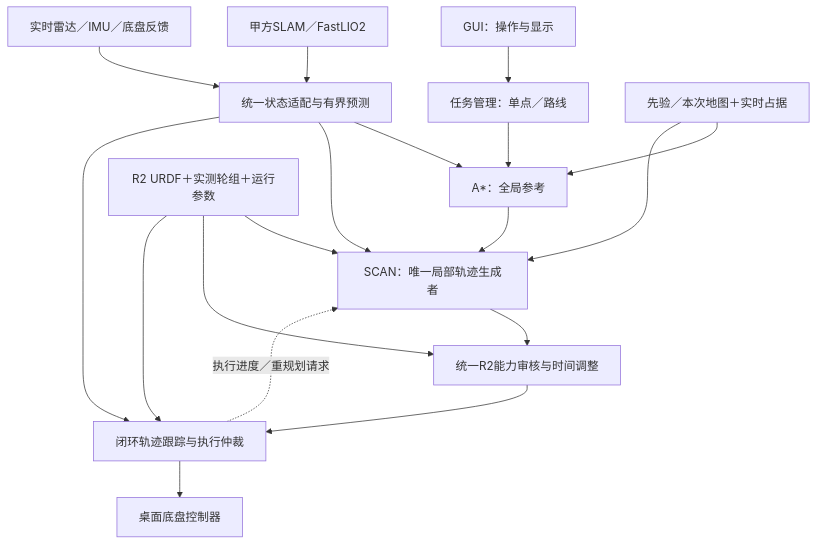
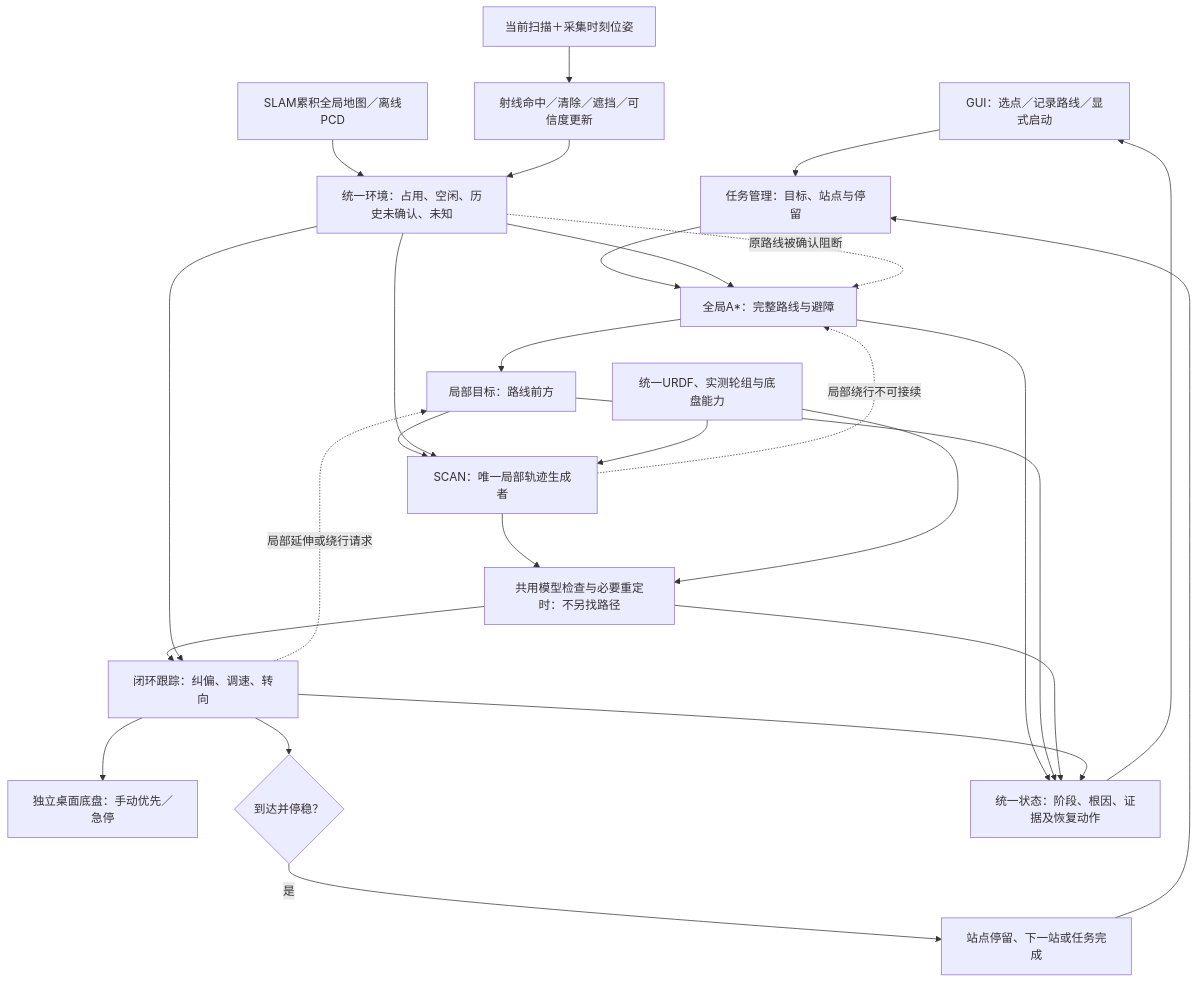
The diagram in docs/architecture.md (SCP-King/hivecore-navigation), drawn with Mermaid before and after one commit. The commit also changed other lines of this file and 66 other files, not shown here.

````diff
--- a/docs/architecture.md
+++ b/docs/architecture.md
@@ -35,20 +40,29 @@
 ```mermaid
 flowchart TD
-    GUI[GUI：操作与显示] --> TASK[任务管理：单点／路线]
-    TASK --> GLOBAL[A*：全局参考]
-    GLOBAL --> SCAN[SCAN：唯一局部轨迹生成者]
-    SCAN --> ADMIT[统一R2能力审核与时间调整]
-    ADMIT --> TRACK[闭环轨迹跟踪与执行仲裁]
-    TRACK --> BASE[桌面底盘控制器]
-    SLAM[甲方SLAM／FastLIO2] --> STATE[统一状态适配与有界预测]
-    SENSOR[实时雷达／IMU／底盘反馈] --> STATE
-    STATE --> GLOBAL
-    STATE --> SCAN
-    STATE --> TRACK
-    MAP[先验／本次地图＋实时占据] --> GLOBAL
-    MAP --> SCAN
-    MODEL[R2 URDF＋实测轮组＋运行参数] --> SCAN
-    MODEL --> ADMIT
-    MODEL --> TRACK
-    TRACK -.执行进度／重规划请求.-> SCAN
+    GUI[GUI：选点／记录路线／显式启动] --> TASK[任务管理：目标、站点与停留]
+    TASK --> GLOBAL[全局A*：完整路线与避障]
+    SLAM[SLAM累积全局地图／离线PCD] --> SCENE[统一环境：占用、空闲、历史未确认、未知]
+    SENSOR[当前扫描＋采集时刻位姿] --> EVIDENCE[射线命中／清除／遮挡／可信度更新]
+    EVIDENCE --> SCENE
+    SCENE --> GLOBAL
+    GLOBAL --> TARGET[局部目标：路线前方]
+    TARGET --> SCAN[SCAN：唯一局部轨迹生成者]
+    SCENE --> SCAN
+    MODEL[统一URDF、实测轮组与底盘能力] --> SCAN
+    SCAN --> CHECK[共用模型检查与必要重定时：不另找路径]
+    MODEL --> CHECK
+    CHECK --> TRACK[闭环跟踪：纠偏、调速、转向]
+    SCENE --> TRACK
+    TRACK --> BASE[独立桌面底盘：手动优先／急停]
+    TRACK --> DONE{到达并停稳？}
+    DONE -->|是| NEXT[站点停留、下一站或任务完成]
+    NEXT --> TASK
+    TRACK -.局部延伸或绕行请求.-> TARGET
+    SCENE -.原路线被确认阻断.-> GLOBAL
+    SCAN -.局部绕行不可接续.-> GLOBAL
+    GLOBAL --> REASON[统一状态：阶段、根因、证据及恢复动作]
+    TARGET --> REASON
+    CHECK --> REASON
+    TRACK --> REASON
+    REASON --> GUI
 ```
````
